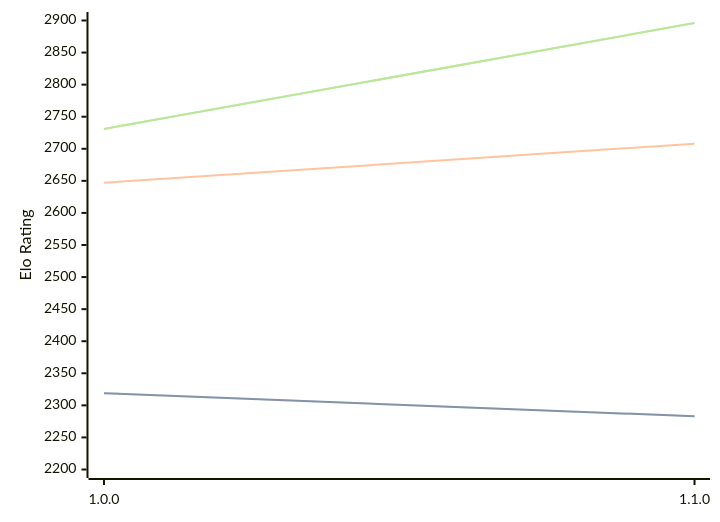
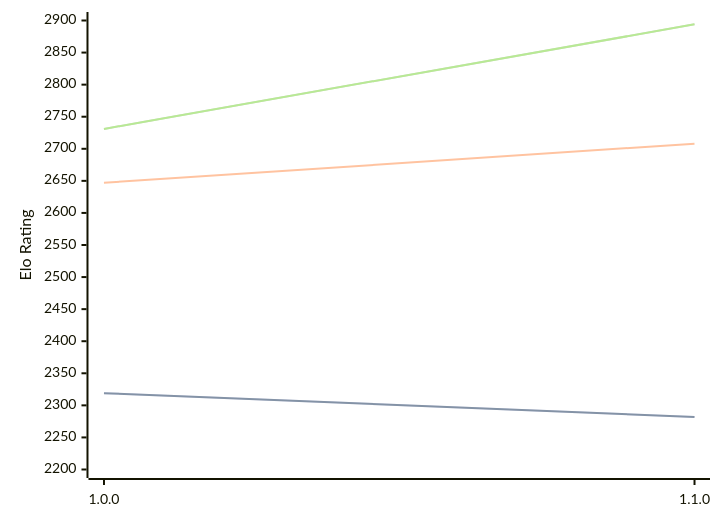
The third of 3 diagrams in engines/ShallowGuess.md (computer-chess-index/cci), drawn with Mermaid before and after one commit. The commit also changed other lines of this file, not shown here.

Commit message:
Update CCI Ratings (ELO VLTC) - 2026-06-17

````diff
--- a/engines/ShallowGuess.md
+++ b/engines/ShallowGuess.md
@@ -69,11 +69,11 @@
 ```mermaid
 %%{init: {"theme":"base","themeVariables":{"seriesColors:['#a3a3a3','#222221','#faa371']}}}%%
 xychart-beta
   x-axis ["1.0.0", "1.1.0"]
   y-axis "Elo Rating" 2200 --> 2900
-  line "STC (8.0+0.08s)" [2319, 2283]
-  line "STC (8.0+0.08s)" [2319, 2283]
+  line "STC (8.0+0.08s)" [2319, 2282]
+  line "STC (8.0+0.08s)" [2319, 2282]
   line "LTC (60.0+0.60s)" [2647, 2708]
-  line "VLTC (2m24s+1.12s)" [2731, 2896]
-  line "VLTC (2m24s+1.12s)" [2731, 2896]
+  line "VLTC (2m24s+1.12s)" [2731, 2894]
+  line "VLTC (2m24s+1.12s)" [2731, 2894]
 ```
````
